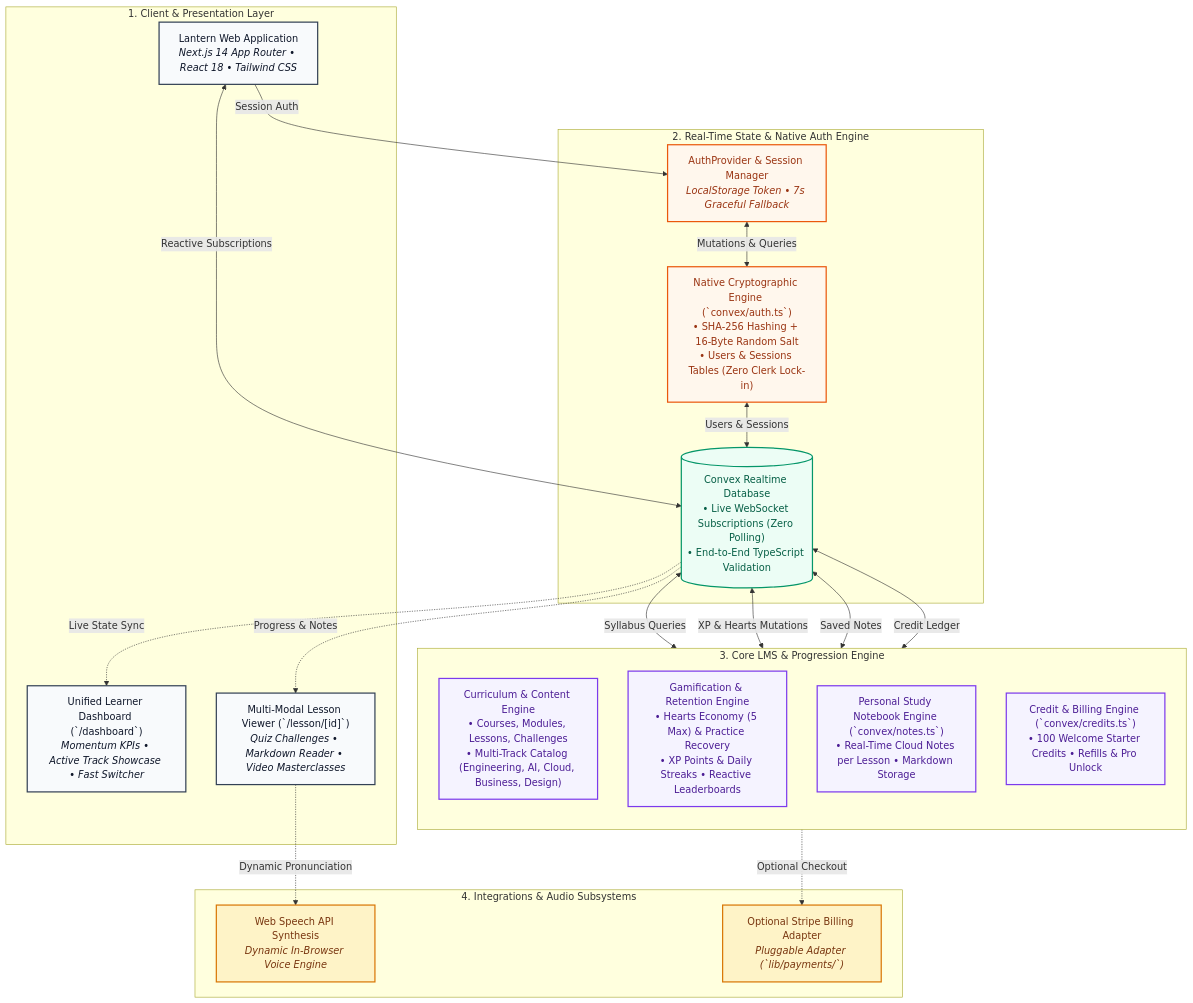
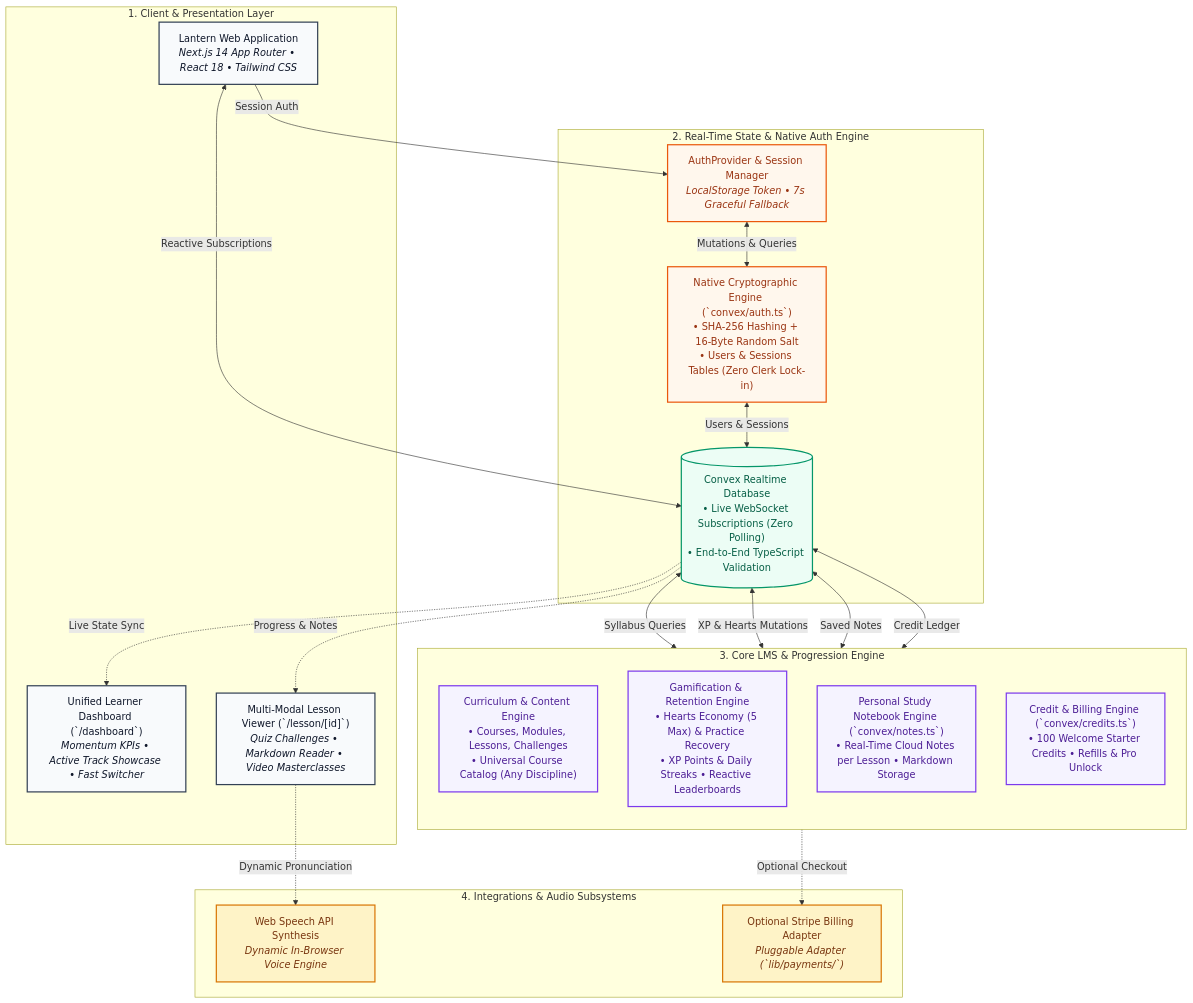
The diagram in README.md (samolubukun/Lantern-Learn), drawn with Mermaid before and after one commit. The commit also changed other lines of this file, not shown here.

Commit message:
docs: clarify universal domain-agnostic capability and seeded showcase

````diff
--- a/README.md
+++ b/README.md
@@ -93,59 +95,59 @@
 ```mermaid
 flowchart TD
     %% Styling Classes
     classDef client fill:#f8fafc,stroke:#334155,stroke-width:2px,color:#0f172a;
     classDef authLayer fill:#fff7ed,stroke:#ea580c,stroke-width:2px,color:#9a3412;
     classDef db fill:#ecfdf5,stroke:#059669,stroke-width:2px,color:#065f46;
     classDef lmsCluster fill:#f5f3ff,stroke:#7c3aed,stroke-width:2px,color:#4c1d95;
     classDef extCluster fill:#fef3c7,stroke:#d97706,stroke-width:2px,color:#78350f;
 
     subgraph Tier1 ["1. Client & Presentation Layer"]
         UI["Lantern Web Application<br/><i>Next.js 14 App Router • React 18 • Tailwind CSS</i>"]
         DashboardView["Unified Learner Dashboard (`/dashboard`)<br/><i>Momentum KPIs • Active Track Showcase • Fast Switcher</i>"]
         LessonRunner["Multi-Modal Lesson Viewer (`/lesson/[id]`)<br/><i>Quiz Challenges • Markdown Reader • Video Masterclasses</i>"]
     end
 
     subgraph Tier2 ["2. Real-Time State & Native Auth Engine"]
         AuthProvider["AuthProvider & Session Manager<br/><i>LocalStorage Token • 7s Graceful Fallback</i>"]
         Convex_DB[("Convex Realtime Database<br/>• Live WebSocket Subscriptions (Zero Polling)<br/>• End-to-End TypeScript Validation")]
         AuthEngine["Native Cryptographic Engine (`convex/auth.ts`)<br/>• SHA-256 Hashing + 16-Byte Random Salt<br/>• Users & Sessions Tables (Zero Clerk Lock-in)"]
     end
 
     subgraph Tier3 ["3. Core LMS & Progression Engine"]
         direction TB
-        ModulesEngine["Curriculum & Content Engine<br/>• Courses, Modules, Lessons, Challenges<br/>• Multi-Track Catalog (Engineering, AI, Cloud, Business, Design)"]
+        ModulesEngine["Curriculum & Content Engine<br/>• Courses, Modules, Lessons, Challenges<br/>• Universal Course Catalog (Any Discipline)"]
         GamificationEngine["Gamification & Retention Engine<br/>• Hearts Economy (5 Max) & Practice Recovery<br/>• XP Points & Daily Streaks • Reactive Leaderboards"]
         NotebookEngine["Personal Study Notebook Engine (`convex/notes.ts`)<br/>• Real-Time Cloud Notes per Lesson • Markdown Storage"]
         EconomyEngine["Credit & Billing Engine (`convex/credits.ts`)<br/>• 100 Welcome Starter Credits • Refills & Pro Unlock"]
     end
 
     subgraph Tier4 ["4. Integrations & Audio Subsystems"]
         SpeechTTS["Web Speech API Synthesis<br/><i>Dynamic In-Browser Voice Engine</i>"]
         StripeGateway["Optional Stripe Billing Adapter<br/><i>Pluggable Adapter (`lib/payments/`)</i>"]
     end
 
     %% Client Interactions
     UI -->|"Session Auth"| AuthProvider
     AuthProvider <-->|"Mutations & Queries"| AuthEngine
     AuthEngine <-->|"Users & Sessions"| Convex_DB
 
     UI <-->|"Reactive Subscriptions"| Convex_DB
     Convex_DB -.->|"Live State Sync"| DashboardView
     Convex_DB -.->|"Progress & Notes"| LessonRunner
 
     %% Backend Engine Routing
     Convex_DB <-->|"Syllabus Queries"| ModulesEngine
     Convex_DB <-->|"XP & Hearts Mutations"| GamificationEngine
     Convex_DB <-->|"Saved Notes"| NotebookEngine
     Convex_DB <-->|"Credit Ledger"| EconomyEngine
 
     %% External Systems
     LessonRunner -.->|"Dynamic Pronunciation"| SpeechTTS
     EconomyEngine -.->|"Optional Checkout"| StripeGateway
 
     class UI,DashboardView,LessonRunner client;
     class AuthProvider,AuthEngine authLayer;
     class Convex_DB db;
     class ModulesEngine,GamificationEngine,NotebookEngine,EconomyEngine lmsCluster;
     class SpeechTTS,StripeGateway extCluster;
 ```
````
